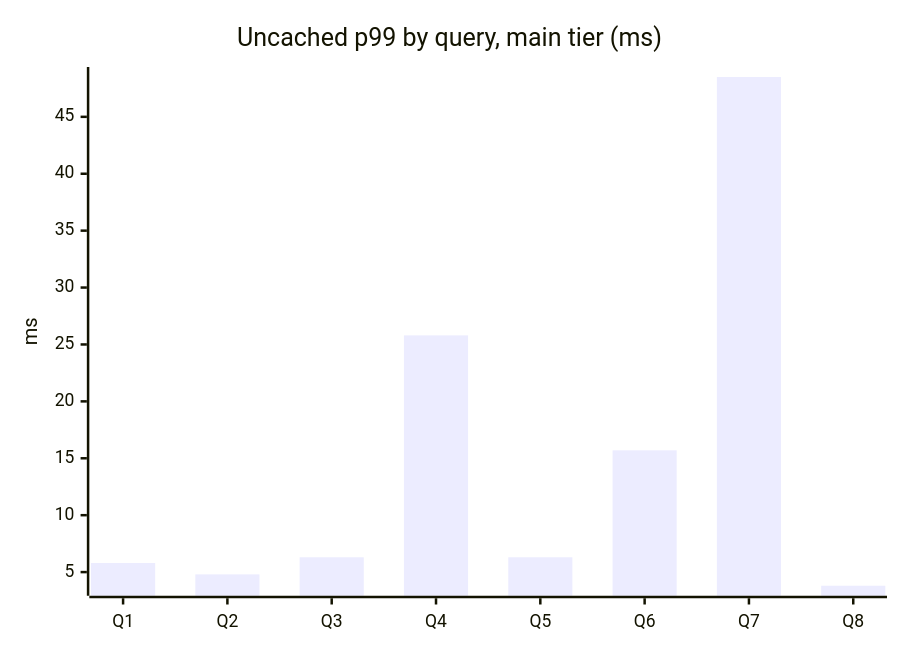
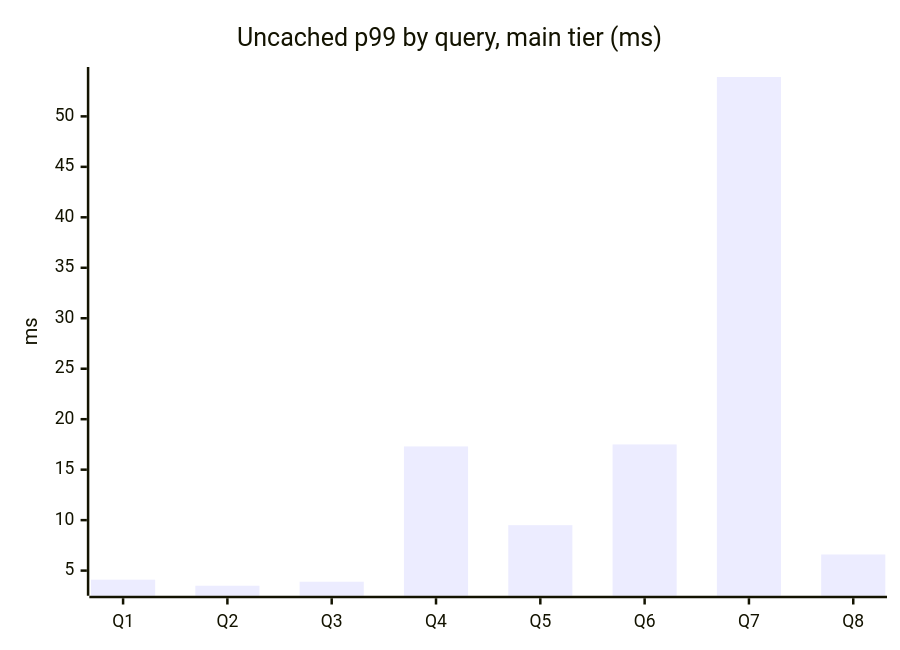
One commit to WarHawkADI/cuboid changed the diagram in docs/BENCHMARKS.md. Above: the diagram before and after it, drawn with Mermaid. The commit also changed other lines of this file and 39 other files, not shown here.

````diff
--- a/docs/BENCHMARKS.md
+++ b/docs/BENCHMARKS.md
@@ -26,7 +27,7 @@
 ```mermaid
 xychart-beta
   title "Uncached p99 by query, main tier (ms)"
   x-axis ["Q1", "Q2", "Q3", "Q4", "Q5", "Q6", "Q7", "Q8"]
   y-axis "ms"
-  bar [5.8, 4.8, 6.3, 25.8, 6.3, 15.7, 48.5, 3.8]
+  bar [4.1, 3.5, 3.9, 17.3, 9.5, 17.5, 53.9, 6.6]
 ```
````
